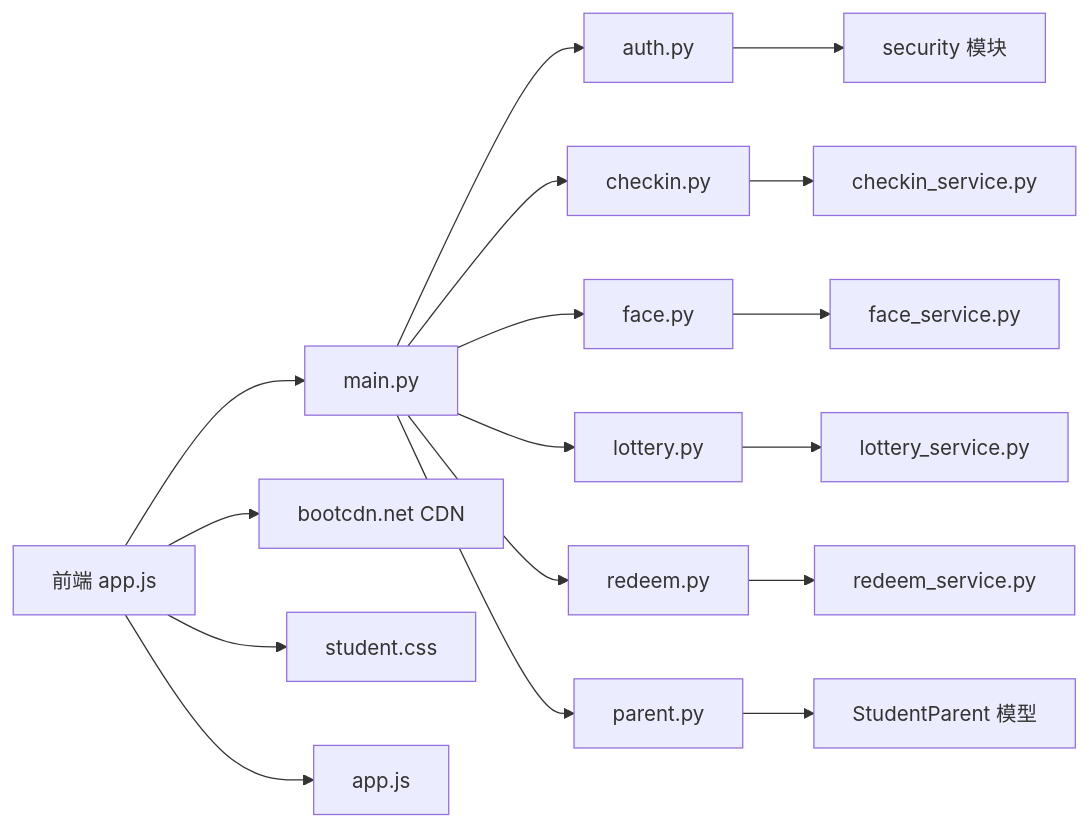
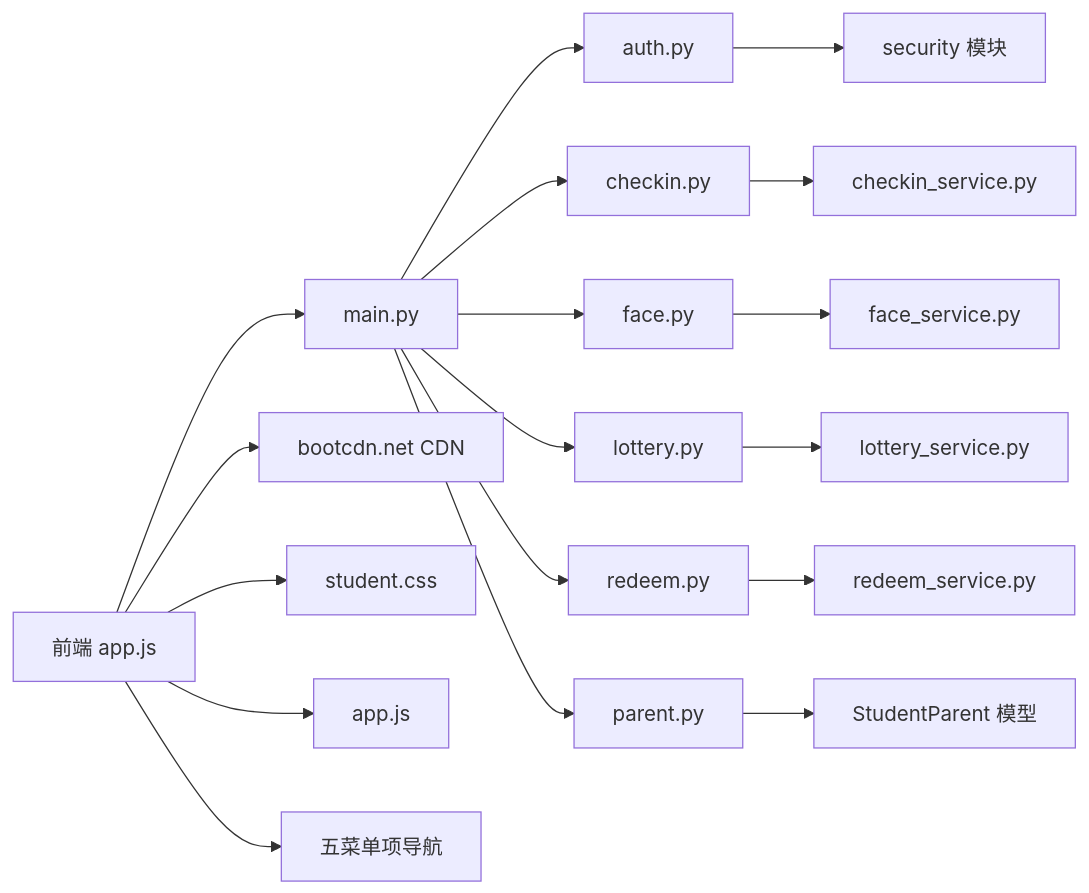
Diagram 14 of 14 in .qoder/repowiki/zh/content/暑假作业打卡系统/前端应用设计/学生端应用.md (onebody/homework), drawn with Mermaid before and after one commit. The commit also changed other lines of this file and 4 other files, not shown here.

````diff
--- a/.qoder/repowiki/zh/content/暑假作业打卡系统/前端应用设计/学生端应用.md
+++ b/.qoder/repowiki/zh/content/暑假作业打卡系统/前端应用设计/学生端应用.md
@@ -627,19 +697,20 @@
 ```mermaid
 graph LR
 FE["前端 app.js"] --> MAIN["main.py"]
 MAIN --> AUTH["auth.py"]
 MAIN --> CK["checkin.py"]
 MAIN --> FC["face.py"]
 MAIN --> LT["lottery.py"]
 MAIN --> RD["redeem.py"]
 MAIN --> PT["parent.py"]
 CK --> CSVC["checkin_service.py"]
 FC --> FSVC["face_service.py"]
 LT --> LSVC["lottery_service.py"]
 RD --> RSVC["redeem_service.py"]
 PT --> SP["StudentParent 模型"]
 AUTH --> SEC["security 模块"]
 FE --> BOOTCDN["bootcdn.net CDN"]
 FE --> CSS["student.css"]
 FE --> JS["app.js"]
+FE --> NAV["五菜单项导航"]
 ```
````
